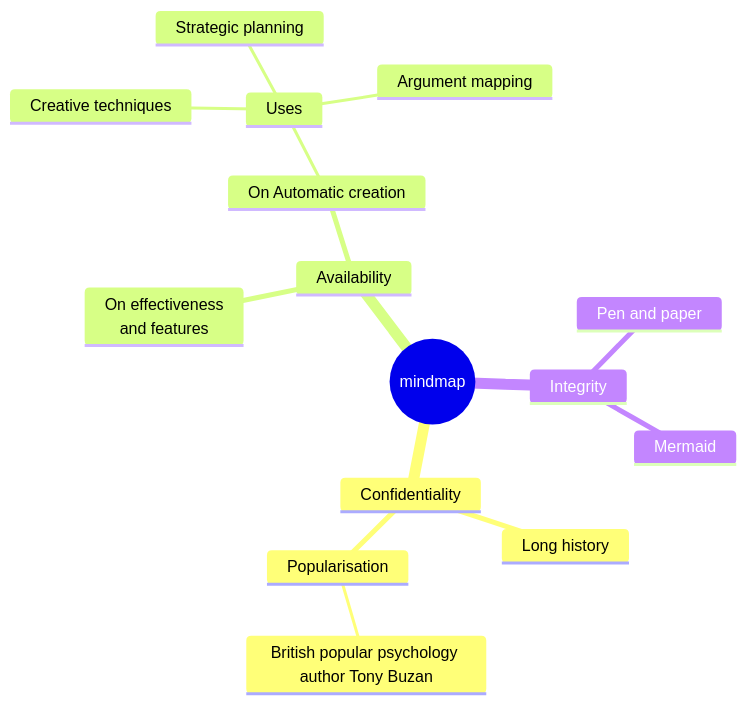
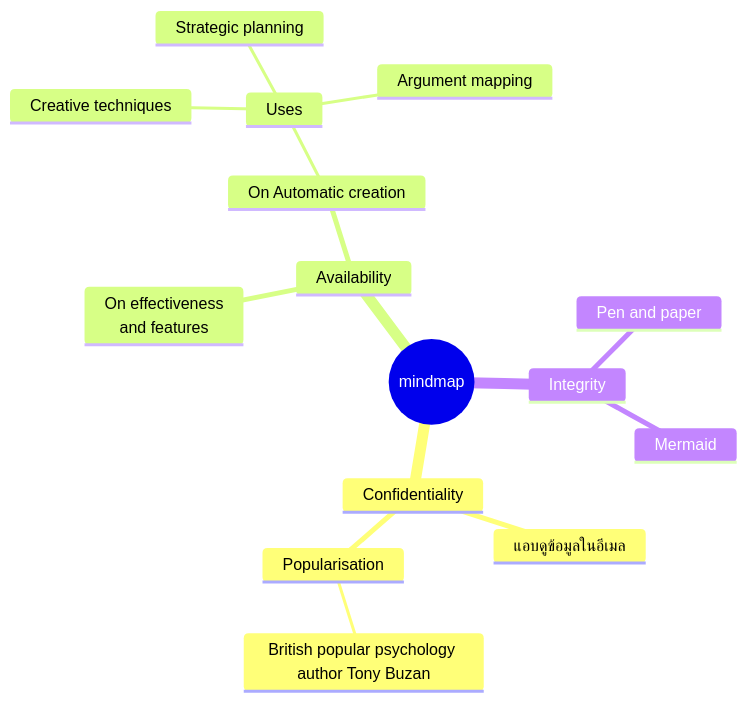
The eighth of 8 diagrams in README.md (Kietpawpan/pdpa), drawn with Mermaid before and after one commit.

````diff
--- a/README.md
+++ b/README.md
@@ -173,19 +173,19 @@
 ```mermaid
 mindmap
   Data Breach((mindmap))
     Confidentiality
-      Long history
+      แอบดูข้อมูลในอีเมล
       ::icon(fa fa-book)
       Popularisation
         British popular psychology author Tony Buzan
     Availability
       On effectiveness<br/>and features
       On Automatic creation
         Uses
             Creative techniques
             Strategic planning
             Argument mapping
     Integrity
       Pen and paper
       Mermaid
 ```
````
